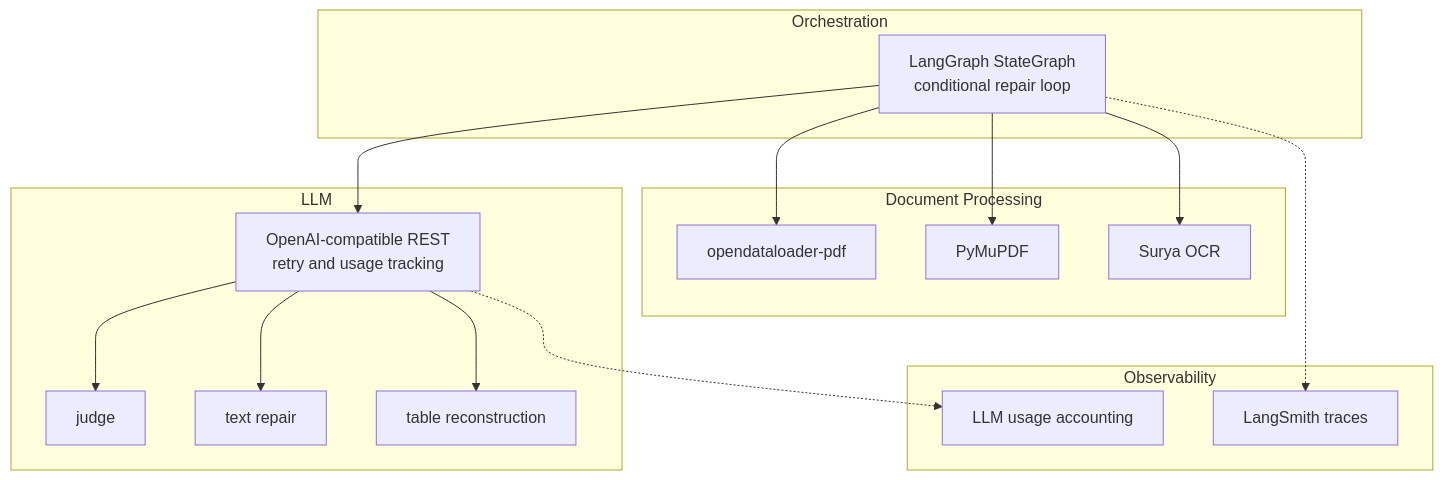
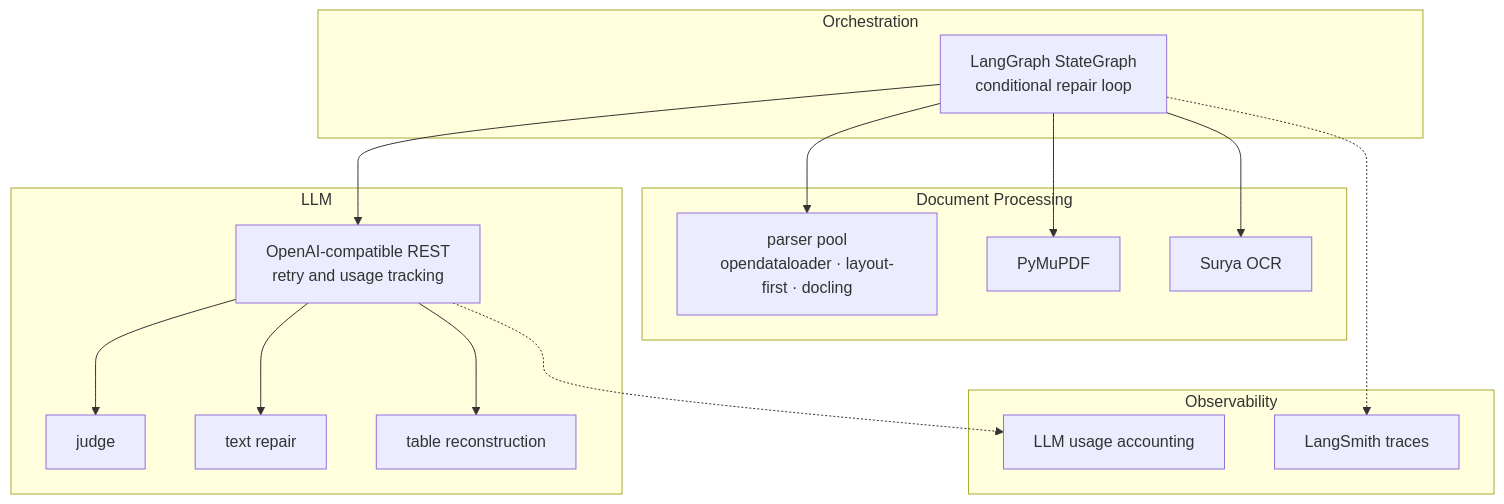
One commit to chaeminyoon/parsing-agent changed the second of 2 diagrams in README.md. Above: the diagram before and after it, drawn with Mermaid. The commit also changed other lines of this file and 1 other file, not shown here.

First line of the commit message:
docs: full README audit — fix stale counts, complete the module layout, surface fusion/TOC

````diff
--- a/README.md
+++ b/README.md
@@ -443,27 +445,27 @@
 ```mermaid
 graph TB
     subgraph Orchestration
         LG[LangGraph StateGraph<br/>conditional repair loop]
     end
     subgraph LLM
         HTTP[OpenAI-compatible REST<br/>retry and usage tracking]
         HTTP --> J[judge]
         HTTP --> T[text repair]
         HTTP --> V[table reconstruction]
     end
     subgraph DocumentProcessing["Document Processing"]
-        ODL[opendataloader-pdf]
+        ODL[parser pool<br/>opendataloader · layout-first · docling]
         FITZ[PyMuPDF]
         OCR[Surya OCR]
     end
     subgraph Observability
         LS[LangSmith traces]
         USE[LLM usage accounting]
     end
     LG --> HTTP
     LG --> ODL
     LG --> FITZ
     LG --> OCR
     LG -.-> LS
     HTTP -.-> USE
 ```
````
